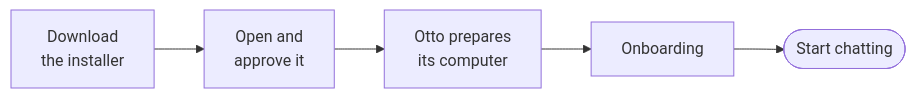
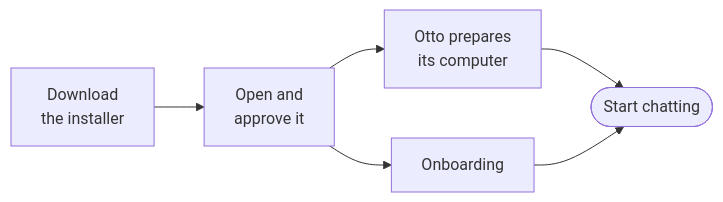
Before and after one commit to KrishBhimani/nod: the diagram in docs/src/content/docs/get-started/install-desktop.mdx, drawn with Mermaid. The commit also changed other lines of this file and 92 other files, not shown here.

````diff
--- a/docs/src/content/docs/get-started/install-desktop.mdx
+++ b/docs/src/content/docs/get-started/install-desktop.mdx
@@ -14,7 +14,8 @@
 ```mermaid
 flowchart LR
   dl[Download<br/>the installer] --> open[Open and<br/>approve it]
   open --> prep[Otto prepares<br/>its computer]:::accent
-  prep --> ob[Onboarding]
-  ob --> chat([Start chatting]):::go
+  open --> ob[Onboarding]
+  prep --> chat([Start chatting]):::go
+  ob --> chat
 ```
````
